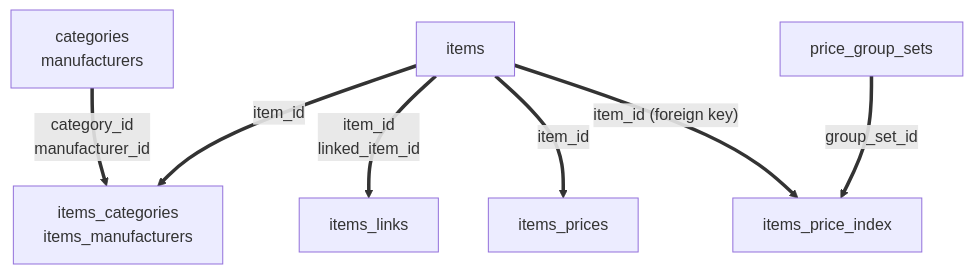
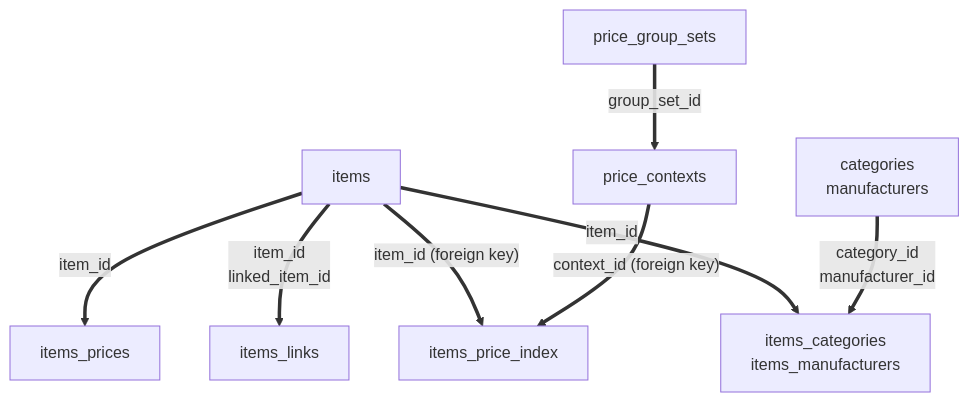
The first of 6 diagrams in docs/architecture/database-schema.md (Easylogic-CO-LP/Alfa-Commerce-Manual), drawn with Mermaid before and after one commit. The commit also changed other lines of this file and 6 other files, not shown here.

````diff
--- a/docs/architecture/database-schema.md
+++ b/docs/architecture/database-schema.md
@@ -37,9 +37,10 @@
 ```mermaid
 flowchart TB
     items["items"] ==>|item_id| links["items_categories<br/>items_manufacturers"]
     owners["categories<br/>manufacturers"] ==>|category_id<br/>manufacturer_id| links
     items ==>|item_id<br/>linked_item_id| related["items_links"]
     items ==>|item_id| prices["items_prices"]
     items ==>|"item_id (foreign key)"| index["items_price_index"]
-    sets["price_group_sets"] ==>|group_set_id| index
+    contexts["price_contexts"] ==>|"context_id (foreign key)"| index
+    sets["price_group_sets"] ==>|group_set_id| contexts
 ```
````
